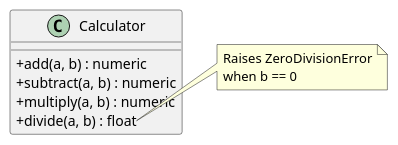
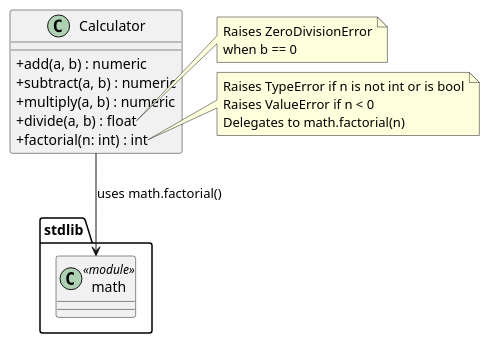
The diagram in artifacts/class_diagram_calculator.puml (DanielRiha8906/Calculator_bachelor_autoevolution_team), drawn with PlantUML before and after one commit. The commit also changed 3 other files, not shown here.

Commit message:
add UML diagrams for factorial method

```diff
--- a/artifacts/class_diagram_calculator.puml
+++ b/artifacts/class_diagram_calculator.puml
@@ -1,17 +1,30 @@
 @startuml class_diagram_calculator
 
 skinparam classAttributeIconSize 0
 
 class Calculator {
     + add(a, b) : numeric
     + subtract(a, b) : numeric
     + multiply(a, b) : numeric
     + divide(a, b) : float
+    + factorial(n: int) : int
 }
 
 note right of Calculator::divide
   Raises ZeroDivisionError
   when b == 0
 end note
 
+note right of Calculator::factorial
+  Raises TypeError if n is not int or is bool
+  Raises ValueError if n < 0
+  Delegates to math.factorial(n)
+end note
+
+package "stdlib" {
+    class math <<module>>
+}
+
+Calculator --> math : uses math.factorial()
+
 @enduml
```
